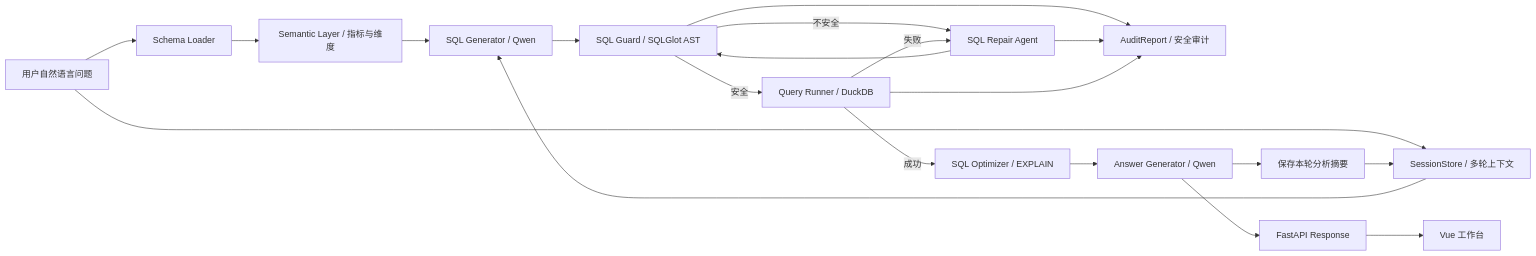
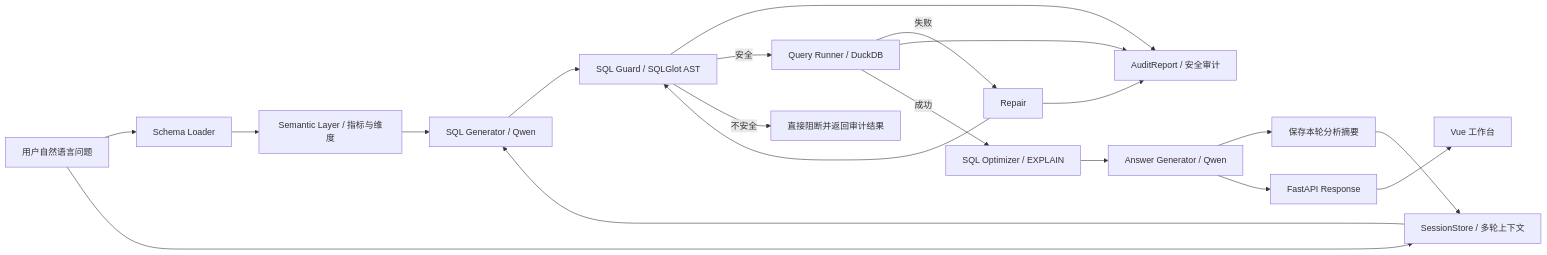
The diagram in README.md (DKY0717/data_analyst_agent), drawn with Mermaid before and after one commit. The commit also changed other lines of this file and 18 other files, not shown here.

````diff
--- a/README.md
+++ b/README.md
@@ -32,22 +32,22 @@
 ```mermaid
 flowchart LR
     Q[用户自然语言问题] --> S[Schema Loader]
     Q --> Ctx[SessionStore / 多轮上下文]
     S --> Sem[Semantic Layer / 指标与维度]
     Ctx --> G[SQL Generator / Qwen]
     Sem --> G
     G --> Guard[SQL Guard / SQLGlot AST]
     Guard --> Audit[AuditReport / 安全审计]
     Guard -->|安全| Exec[Query Runner / DuckDB]
-    Guard -->|不安全| Repair[SQL Repair Agent]
+    Guard -->|不安全| End[直接阻断并返回审计结果]
     Exec -->|失败| Repair
     Repair --> Guard
     Repair --> Audit
     Exec --> Audit
     Exec -->|成功| Opt[SQL Optimizer / EXPLAIN]
     Opt --> Ans[Answer Generator / Qwen]
     Ans --> Save[保存本轮分析摘要]
     Save --> Ctx
     Ans --> API[FastAPI Response]
     API --> UI[Vue 工作台]
 ```
````
